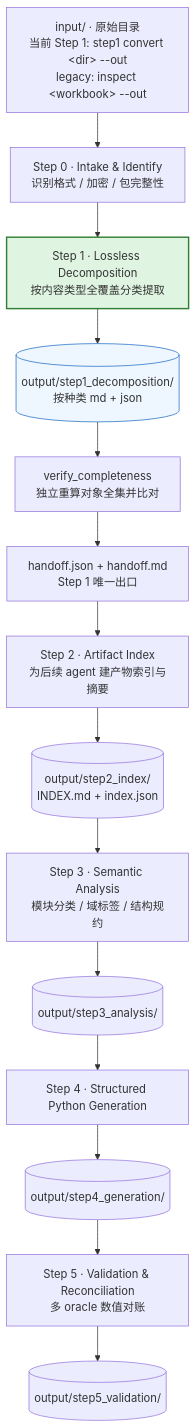
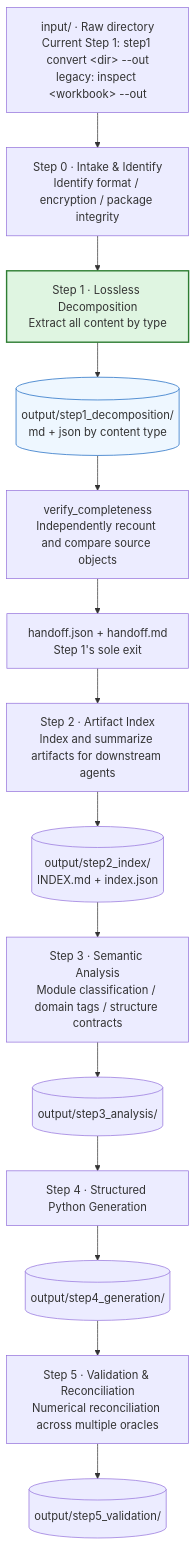
Before and after one commit to ferryhe/excel_to_act: the first of 2 diagrams in README.md, drawn with Mermaid. The commit also changed other lines of this file and 5 other files, not shown here.

````diff
--- a/README.md
+++ b/README.md
@@ -17,22 +21,22 @@
 ```mermaid
 flowchart TD
-    IN["input/ · 原始目录<br/>当前 Step 1: step1 convert &lt;dir&gt; --out<br/>legacy: inspect &lt;workbook&gt; --out"]
-    S0["Step 0 · Intake &amp; Identify<br/>识别格式 / 加密 / 包完整性"]
-    S1["Step 1 · Lossless Decomposition<br/>按内容类型全覆盖分类提取"]
-    O1[("output/step1_decomposition/<br/>按种类 md + json")]
-    V["verify_completeness<br/>独立重算对象全集并比对"]
-    H["handoff.json + handoff.md<br/>Step 1 唯一出口"]
-    S2["Step 2 · Artifact Index<br/>为后续 agent 建产物索引与摘要"]
+    IN["input/ · Raw directory<br/>Current Step 1: step1 convert &lt;dir&gt; --out<br/>legacy: inspect &lt;workbook&gt; --out"]
+    S0["Step 0 · Intake &amp; Identify<br/>Identify format / encryption / package integrity"]
+    S1["Step 1 · Lossless Decomposition<br/>Extract all content by type"]
+    O1[("output/step1_decomposition/<br/>md + json by content type")]
+    V["verify_completeness<br/>Independently recount and compare source objects"]
+    H["handoff.json + handoff.md<br/>Step 1's sole exit"]
+    S2["Step 2 · Artifact Index<br/>Index and summarize artifacts for downstream agents"]
     O2[("output/step2_index/<br/>INDEX.md + index.json")]
-    S3["Step 3 · Semantic Analysis<br/>模块分类 / 域标签 / 结构规约"]
+    S3["Step 3 · Semantic Analysis<br/>Module classification / domain tags / structure contracts"]
     O3[("output/step3_analysis/")]
     S4["Step 4 · Structured Python Generation"]
     O4[("output/step4_generation/")]
-    S5["Step 5 · Validation &amp; Reconciliation<br/>多 oracle 数值对账"]
+    S5["Step 5 · Validation &amp; Reconciliation<br/>Numerical reconciliation across multiple oracles"]
     O5[("output/step5_validation/")]
 
     IN --> S0 --> S1 --> O1 --> V --> H --> S2 --> O2 --> S3 --> O3 --> S4 --> O4 --> S5 --> O5
 
     style S1 fill:#dff5e1,stroke:#2e7d32,stroke-width:2px
     style O1 fill:#eef7ff,stroke:#1565c0
 ```
````
